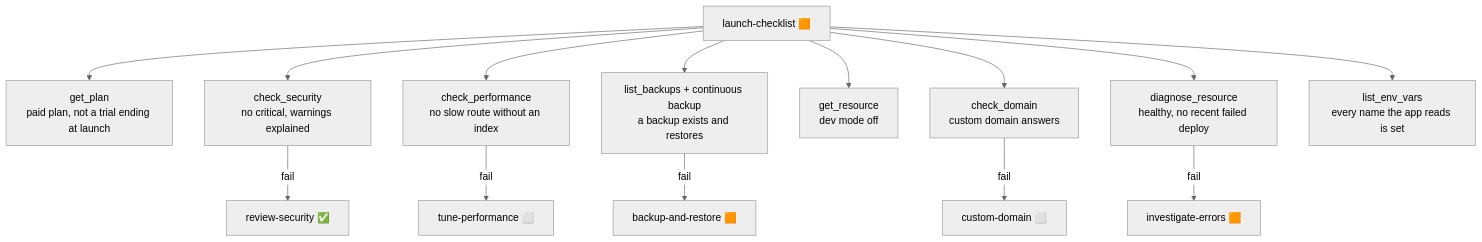
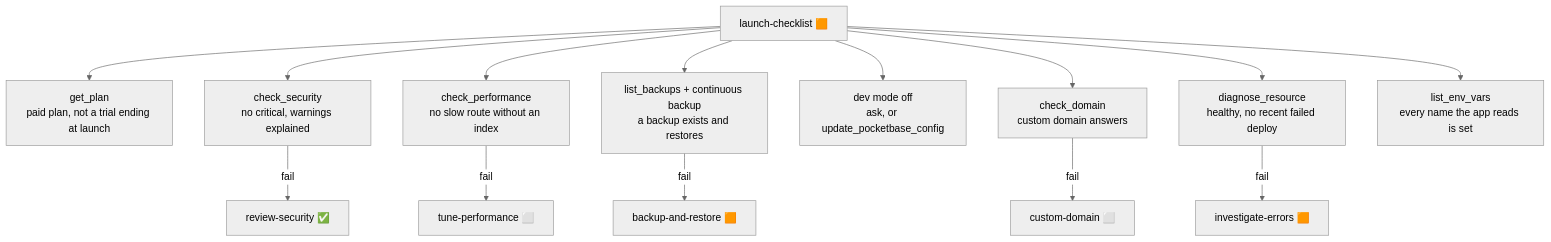
One commit to pocketbasecloud/mcp changed the eighth of 8 diagrams in docs/skill-design/use-cases.md. Above: the diagram before and after it, drawn with Mermaid (neutral theme). The commit also changed other lines of this file and 4 other files, not shown here.

First line of the commit message:
Skill design: research on other platforms' skills, and the roadmap it shapes

````diff
--- a/docs/skill-design/use-cases.md
+++ b/docs/skill-design/use-cases.md
@@ -265,16 +270,16 @@
 ```mermaid
 flowchart TD
   lc["launch-checklist 🟧"] --> plan["get_plan<br/>paid plan, not a trial ending at launch"]
   lc --> sec["check_security<br/>no critical, warnings explained"]
   lc --> perf["check_performance<br/>no slow route without an index"]
   lc --> bk["list_backups + continuous backup<br/>a backup exists and restores"]
-  lc --> dev["get_resource<br/>dev mode off"]
+  lc --> dev["dev mode off<br/>ask, or update_pocketbase_config"]
   lc --> dom["check_domain<br/>custom domain answers"]
   lc --> diag["diagnose_resource<br/>healthy, no recent failed deploy"]
   lc --> env["list_env_vars<br/>every name the app reads is set"]
   sec -->|fail| rs["review-security ✅"]
   perf -->|fail| tp["tune-performance ⬜"]
   bk -->|fail| br["backup-and-restore 🟧"]
   dom -->|fail| cd["custom-domain ⬜"]
   diag -->|fail| ie["investigate-errors 🟧"]
 ```
````
